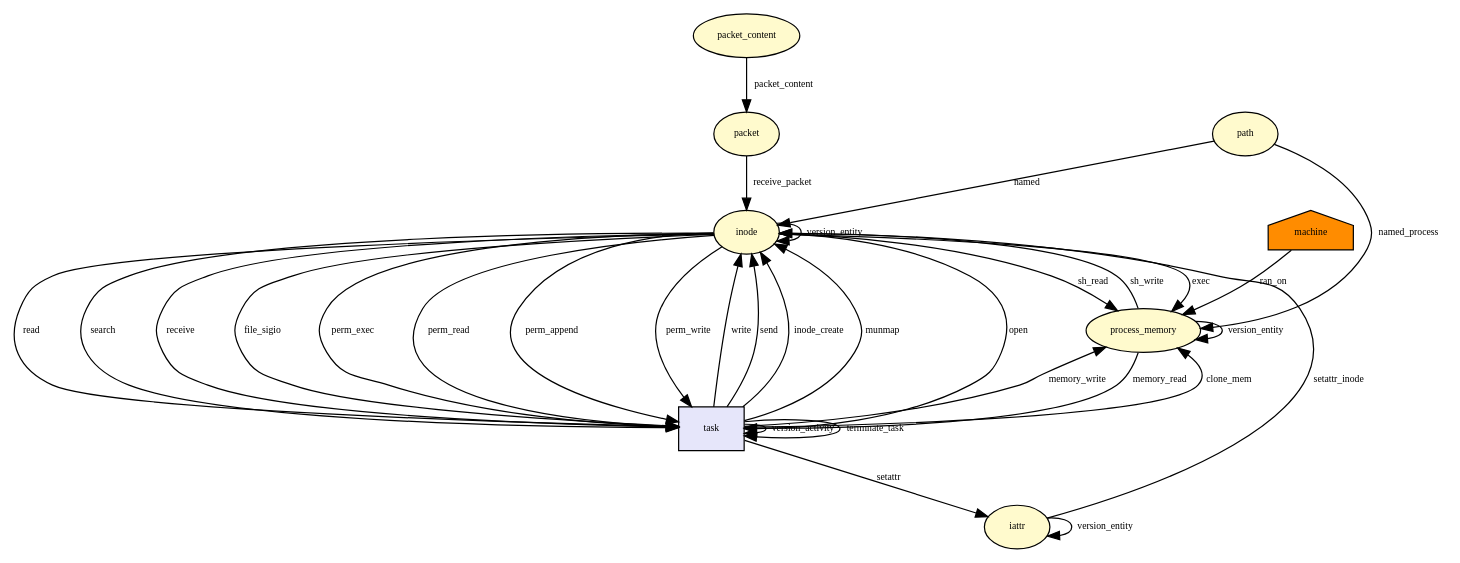
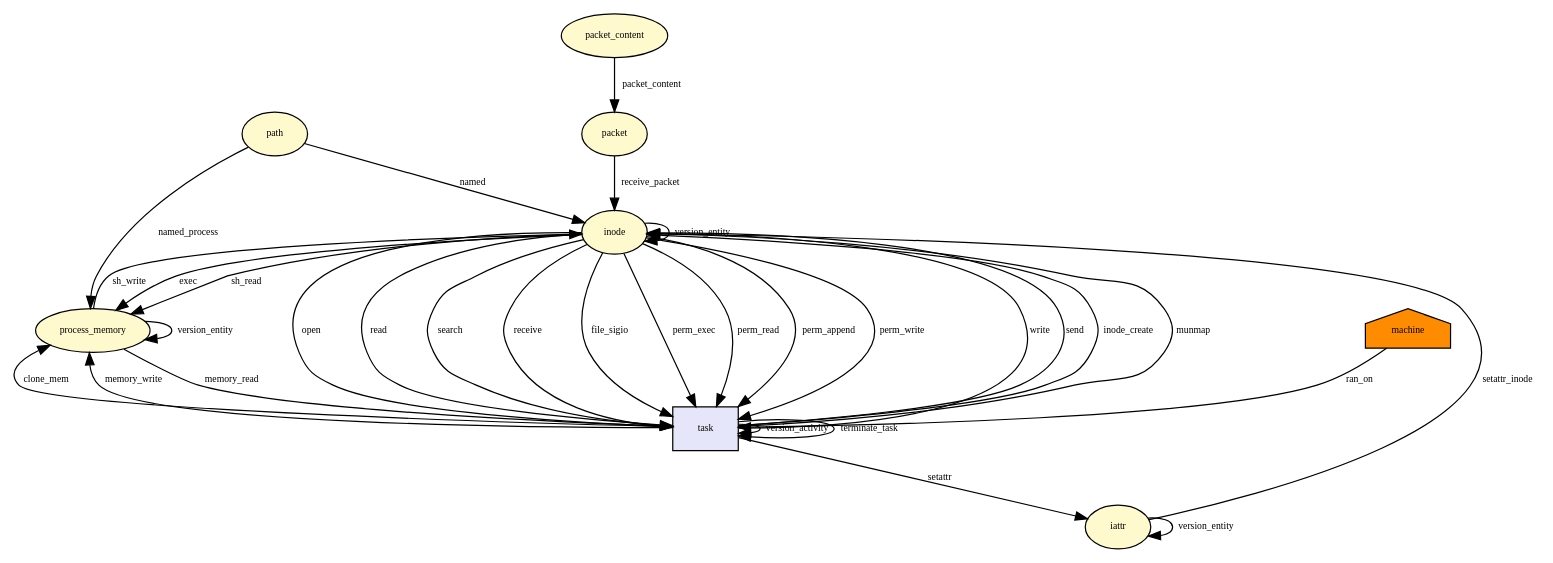
The diagram in docs/dot/__x64_sys_execveat.dot (CamFlow/camflow-dev), drawn with Graphviz before and after one commit. The commit also changed 419 other files, not shown here.

```diff
--- a/docs/dot/__x64_sys_execveat.dot
+++ b/docs/dot/__x64_sys_execveat.dot
@@ -1,79 +1,79 @@
 digraph RGL__DirectedAdjacencyGraph {path[fontsize = 8,label = path,shape = ellipse, fillcolor="#fffacd", style = filled]
 
 inode[fontsize = 8,label = inode,shape = ellipse, fillcolor="#fffacd", style = filled]
 
 path -> inode[fontsize = 8,label = named]
 
 process_memory[fontsize = 8,label = process_memory,shape = ellipse, fillcolor="#fffacd", style = filled]
 
 inode -> process_memory[fontsize = 8,label = exec]
 
 process_memory -> process_memory[fontsize = 8,label = version_entity]
 
 task[fontsize = 8,label = task,shape = rectangle, fillcolor="#e6e6fa", style = filled]
 
 process_memory -> task[fontsize = 8,label = memory_read]
 
 task -> process_memory[fontsize = 8,label = clone_mem]
 
 task -> task[fontsize = 8,label = version_activity]
 
 inode -> process_memory[fontsize = 8,label = sh_read]
 
 path -> process_memory[fontsize = 8,label = named_process]
 
 machine[fontsize = 8,label = machine,shape = house, fillcolor="#ff8c00", style = filled]
 
-machine -> process_memory[fontsize = 8,label = ran_on]
+machine -> task[fontsize = 8,label = ran_on]
 
 inode -> task[fontsize = 8,label = open]
 
 task -> process_memory[fontsize = 8,label = memory_write]
 
 process_memory -> inode[fontsize = 8,label = sh_write]
 
 inode -> inode[fontsize = 8,label = version_entity]
 
 task -> inode[fontsize = 8,label = write]
 
 inode -> task[fontsize = 8,label = read]
 
 inode -> task[fontsize = 8,label = search]
 
 task -> inode[fontsize = 8,label = send]
 
 inode -> task[fontsize = 8,label = receive]
 
 inode -> task[fontsize = 8,label = file_sigio]
 
 task -> inode[fontsize = 8,label = inode_create]
 
 inode -> task[fontsize = 8,label = perm_exec]
 
 inode -> task[fontsize = 8,label = perm_read]
 
 inode -> task[fontsize = 8,label = perm_append]
 
 inode -> task[fontsize = 8,label = perm_write]
 
 iattr[fontsize = 8,label = iattr,shape = ellipse, fillcolor="#fffacd", style = filled]
 
 task -> iattr[fontsize = 8,label = setattr]
 
 iattr -> iattr[fontsize = 8,label = version_entity]
 
 iattr -> inode[fontsize = 8,label = setattr_inode]
 
 task -> inode[fontsize = 8,label = munmap]
 
 packet_content[fontsize = 8,label = packet_content,shape = ellipse, fillcolor="#fffacd", style = filled]
 
 packet[fontsize = 8,label = packet,shape = ellipse, fillcolor="#fffacd", style = filled]
 
 packet_content -> packet[fontsize = 8,label = packet_content]
 
 packet -> inode[fontsize = 8,label = receive_packet]
 
 task -> task[fontsize = 8,label = terminate_task]
 
 }
```
